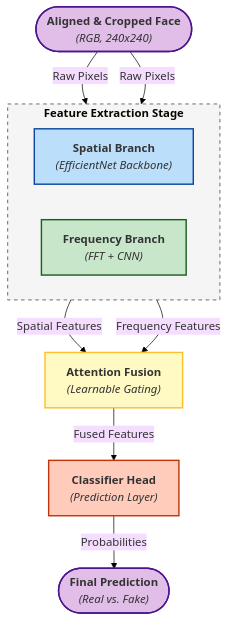
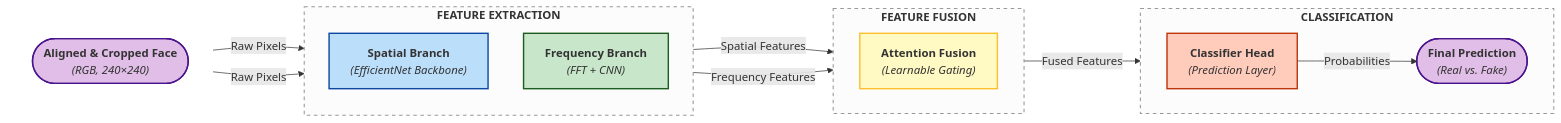
One commit to hugo-tng/deepfake-image-detector changed the diagram in README.md. Above: the diagram before and after it, drawn with Mermaid.

Commit message:
update model architecture in README

````diff
--- a/README.md
+++ b/README.md
@@ -29,29 +29,56 @@
 ```mermaid
 ---
-
 config:
   layout: dagre
-  theme: base
   themeVariables:
     background: "#ffffff"
 ---
-flowchart TB
- subgraph FeatureExtraction["<b>Feature Extraction Stage</b>"]
+flowchart LR
+
+%% ===== INPUT (CENTERED) =====
+subgraph InputStage[" "]
+    direction TB
+    Input(["<b>Aligned &amp; Cropped Face</b><br><i>(RGB, 240×240)</i>"])
+end
+
+%% ===== FEATURE EXTRACTION =====
+subgraph FeatureExtraction["<b>FEATURE EXTRACTION</b>"]
+    direction TB
+    Spatial["<b>Spatial Branch</b><br><i>(EfficientNet Backbone)</i>"]
+    Frequency["<b>Frequency Branch</b><br><i>(FFT + CNN)</i>"]
+end
+
+%% ===== FEATURE FUSION =====
+subgraph FeatureFusion["<b>FEATURE FUSION</b>"]
     direction LR
-        Spatial["<b>Spatial Branch</b><br><i>(EfficientNet Backbone)</i>"]
-        Frequency["<b>Frequency Branch</b><br><i>(FFT + CNN)</i>"]
-  end
-    Input(["<b>Aligned &amp; Cropped Face</b><br><i>(RGB, 240x240)</i>"]) -- Raw Pixels --> Spatial & Frequency
-    Spatial -- Spatial Features --> Fusion["<b>Attention Fusion</b><br><i>(Learnable Gating)</i>"]
-    Frequency -- Frequency Features --> Fusion
-    Fusion -- Fused Features --> Classifier["<b>Classifier Head</b><br><i>(Prediction Layer)</i>"]
-    Classifier -- Probabilities --> Output(["<b>Final Prediction</b><br><i>(Real vs. Fake)</i>"])
+    Fusion["<b>Attention Fusion</b><br><i>(Learnable Gating)</i>"]
+end
 
-    style Spatial fill:#bbdefb,stroke:#0d47a1,stroke-width:2px
-    style Frequency fill:#c8e6c9,stroke:#1b5e20,stroke-width:2px
-    style Input fill:#e1bee7,stroke:#4a148c,stroke-width:2px
-    style Fusion fill:#fff9c4,stroke:#fbc02d,stroke-width:2px
-    style Classifier fill:#ffccbc,stroke:#bf360c,stroke-width:2px
-    style Output fill:#e1bee7,stroke:#4a148c,stroke-width:2px
-    style FeatureExtraction fill:#f5f5f5,stroke:#333,stroke-dasharray: 5 5
+%% ===== CLASSIFICATION =====
+subgraph Classification["<b>CLASSIFICATION</b>"]
+    direction LR
+    Classifier["<b>Classifier Head</b><br><i>(Prediction Layer)</i>"]
+    Output(["<b>Final Prediction</b><br><i>(Real vs. Fake)</i>"])
+end
+
+%% ===== CONNECTIONS =====
+Input -- Raw Pixels --> Spatial
+Input -- Raw Pixels --> Frequency
+Spatial -- Spatial Features --> Fusion
+Frequency -- Frequency Features --> Fusion
+Fusion -- Fused Features --> Classifier
+Classifier -- Probabilities --> Output
+
+%% ===== STYLING =====
+style Input fill:#e1bee7,stroke:#4a148c,stroke-width:2px
+style Spatial fill:#bbdefb,stroke:#0d47a1,stroke-width:2px
+style Frequency fill:#c8e6c9,stroke:#1b5e20,stroke-width:2px
+style Fusion fill:#fff9c4,stroke:#fbc02d,stroke-width:2px
+style Classifier fill:#ffccbc,stroke:#bf360c,stroke-width:2px
+style Output fill:#e1bee7,stroke:#4a148c,stroke-width:2px
+
+style FeatureExtraction fill:#fcfcfc,stroke:#999,stroke-width:1.5px,stroke-dasharray:5 5
+style FeatureFusion fill:#fcfcfc,stroke:#999,stroke-width:1.5px,stroke-dasharray:5 5
+style Classification fill:#fcfcfc,stroke:#999,stroke-width:1.5px,stroke-dasharray:5 5
+style InputStage fill:none,stroke:none
 ```
````
